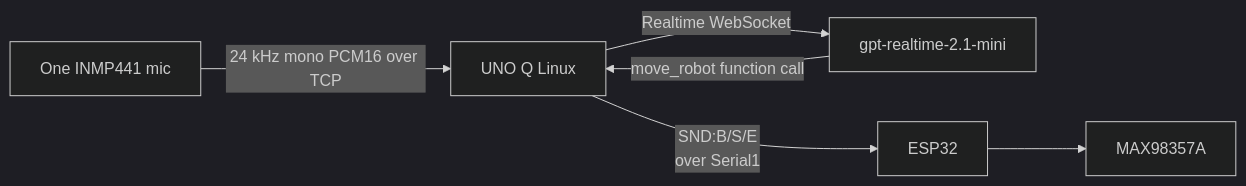
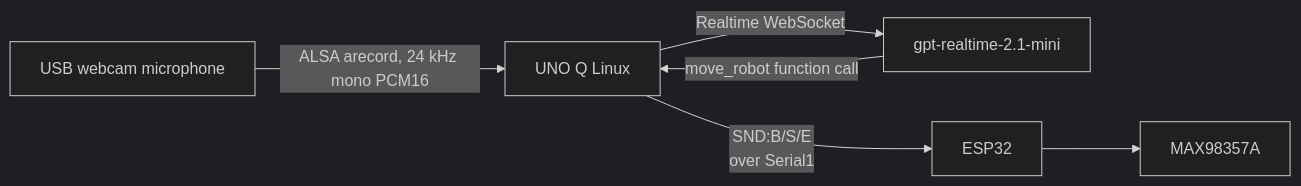
Before and after one commit to BenYogesh/RoboDog: the diagram in docs/speech-test.md, drawn with Mermaid (dark theme). The commit also changed other lines of this file and 19 other files, not shown here.

Commit message:
Document USB microphone and browser dashboard workflow

````diff
--- a/docs/speech-test.md
+++ b/docs/speech-test.md
@@ -8,8 +10,8 @@
 ```mermaid
 flowchart LR
-  M[One INMP441 mic] -->|24 kHz mono PCM16 over TCP| Q[UNO Q Linux]
+  M[USB webcam microphone] -->|ALSA arecord, 24 kHz mono PCM16| Q[UNO Q Linux]
   Q -->|Realtime WebSocket| O[gpt-realtime-2.1-mini]
   O -->|move_robot function call| Q
   Q -->|SND:B/S/E\n over Serial1| E[ESP32]
   E --> A[MAX98357A]
 ```
````
